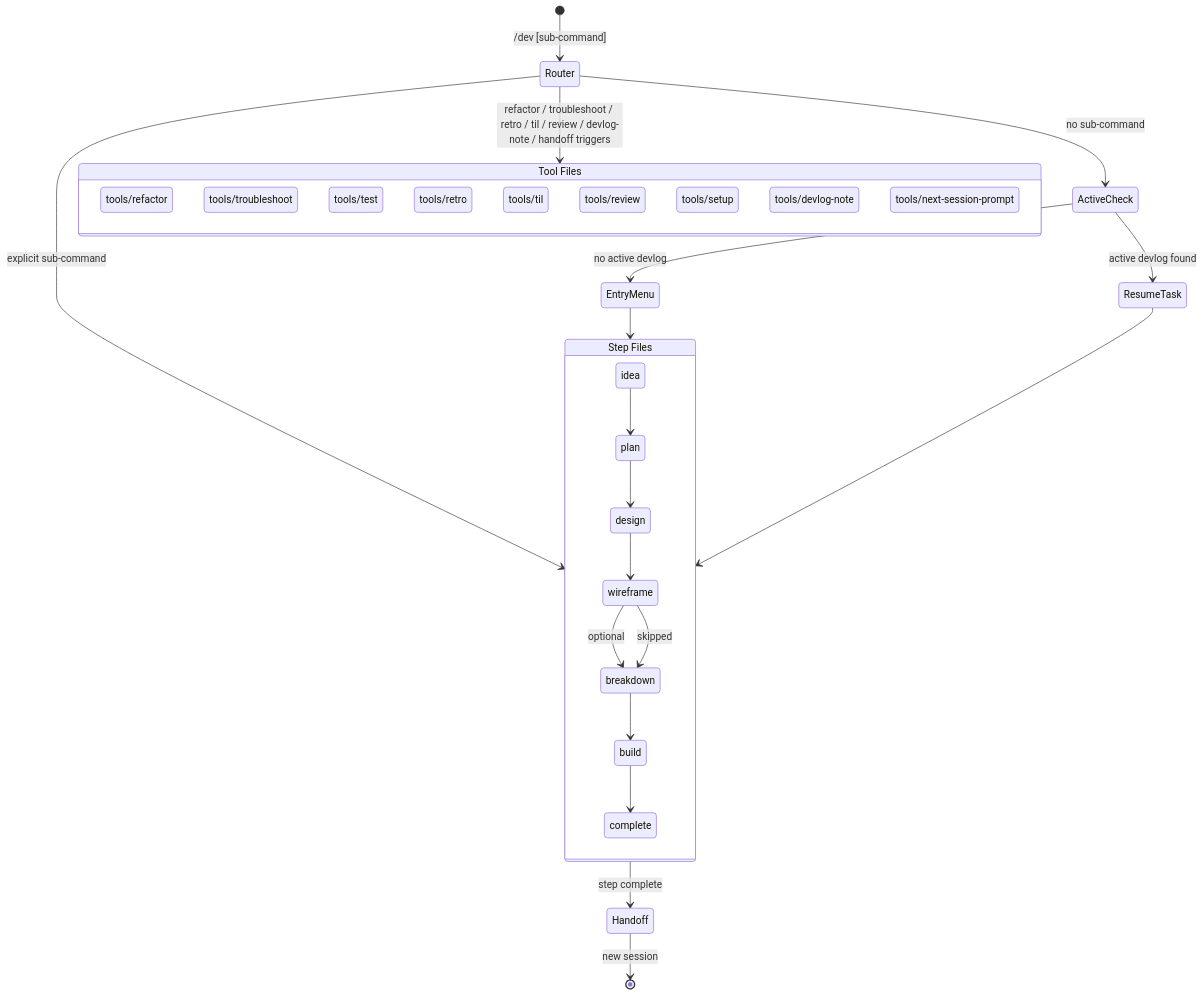
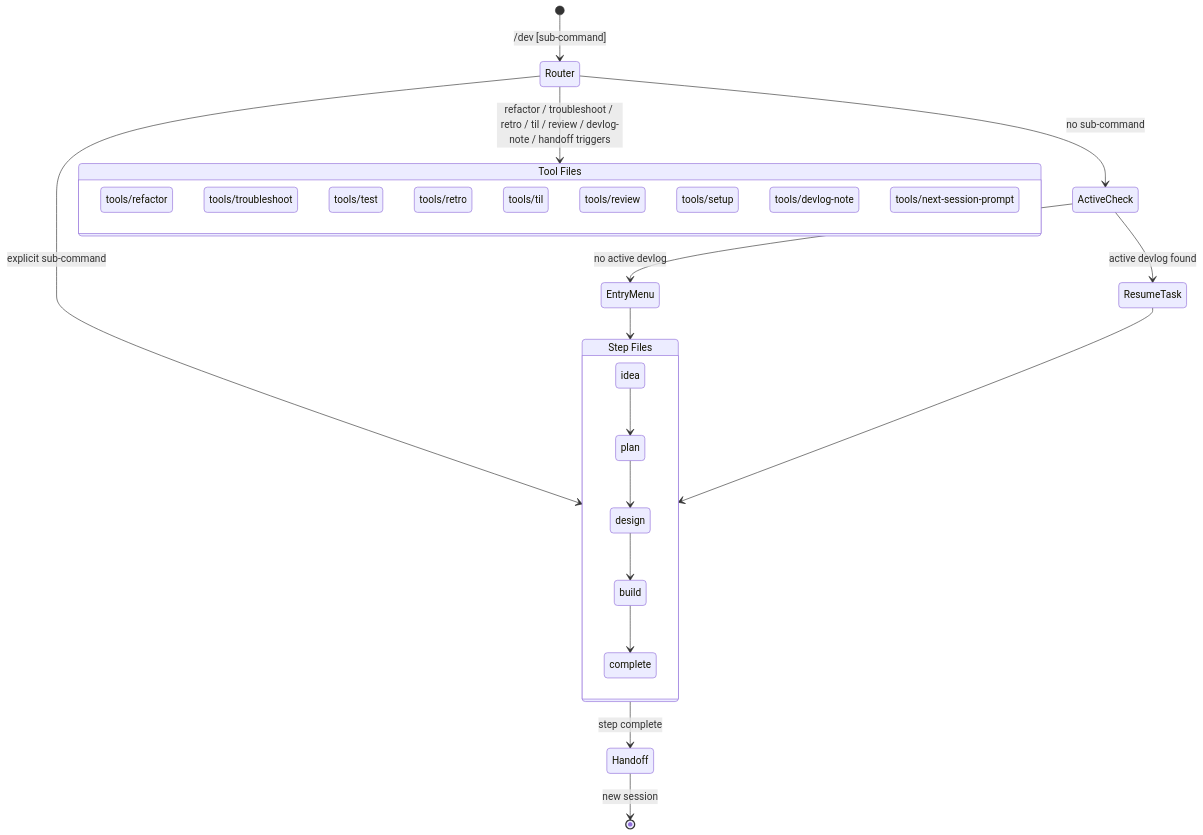
The diagram in skills/dev/SKILL.md (gloriaJun/grimoire), drawn with Mermaid before and after one commit. The commit also changed other lines of this file and 24 other files, not shown here.

````diff
--- a/skills/dev/SKILL.md
+++ b/skills/dev/SKILL.md
@@ -65,39 +65,36 @@
 ```mermaid
 stateDiagram-v2
     [*] --> Router: /dev [sub-command]
 
     Router --> ActiveCheck: no sub-command
     Router --> DirectTool: refactor / troubleshoot / retro / til / review / devlog-note / handoff triggers
     Router --> StepFile: explicit sub-command
 
     ActiveCheck --> ResumeTask: active devlog found
     ActiveCheck --> EntryMenu: no active devlog
     EntryMenu --> StepFile
 
     ResumeTask --> StepFile
 
     state "Step Files" as StepFile {
         idea --> plan
         plan --> design
-        design --> wireframe
-        wireframe --> breakdown : optional
-        wireframe --> breakdown : skipped
-        breakdown --> build
+        design --> build
         build --> complete
     }
 
     state "Tool Files" as DirectTool {
         refactor_tool: tools/refactor
         troubleshoot_tool: tools/troubleshoot
         test_tool: tools/test
         retro_tool: tools/retro
         til_tool: tools/til
         review_tool: tools/review
         setup_tool: tools/setup
         devlog_note_tool: tools/devlog-note
         handoff_tool: tools/next-session-prompt
     }
 
     StepFile --> Handoff: step complete
     Handoff --> [*]: new session
 ```
````
